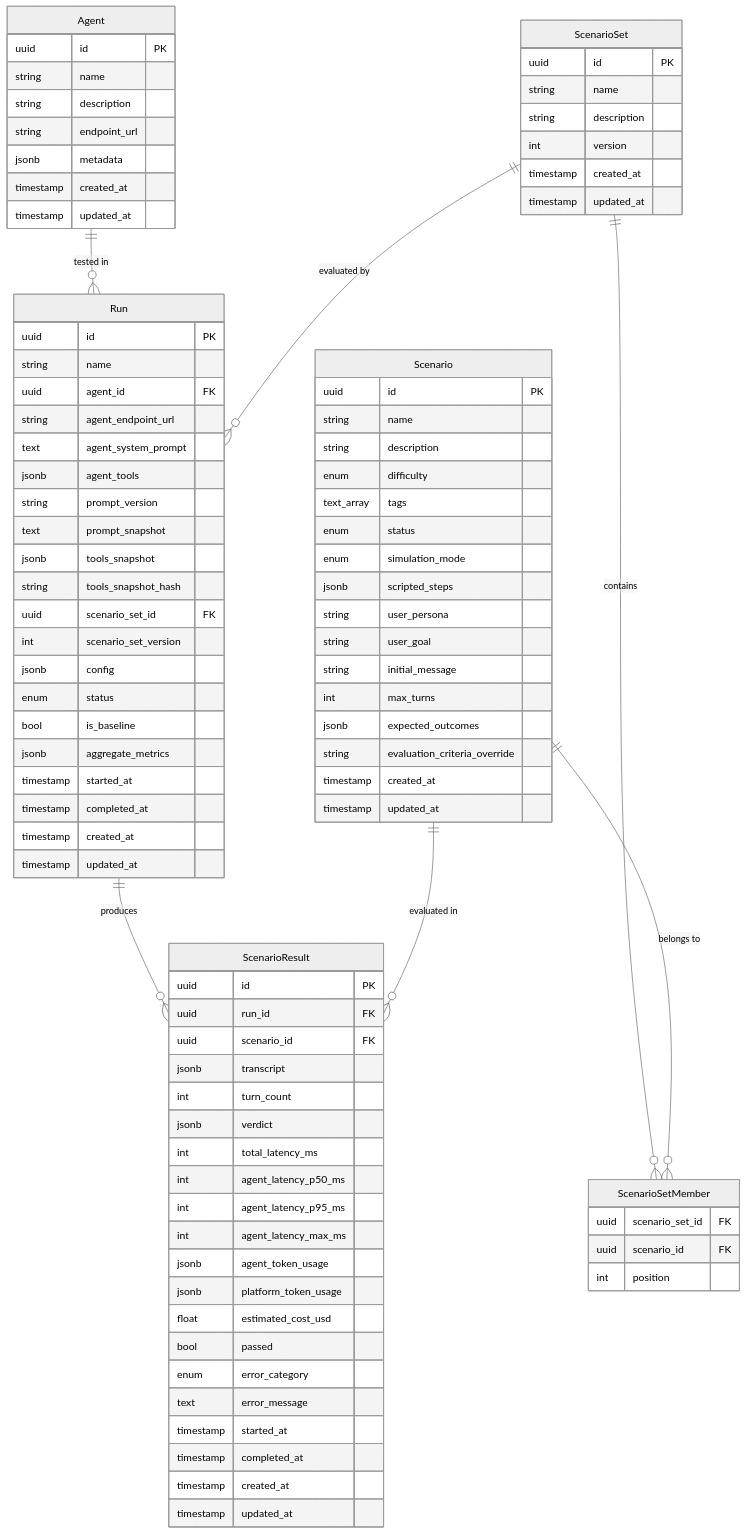
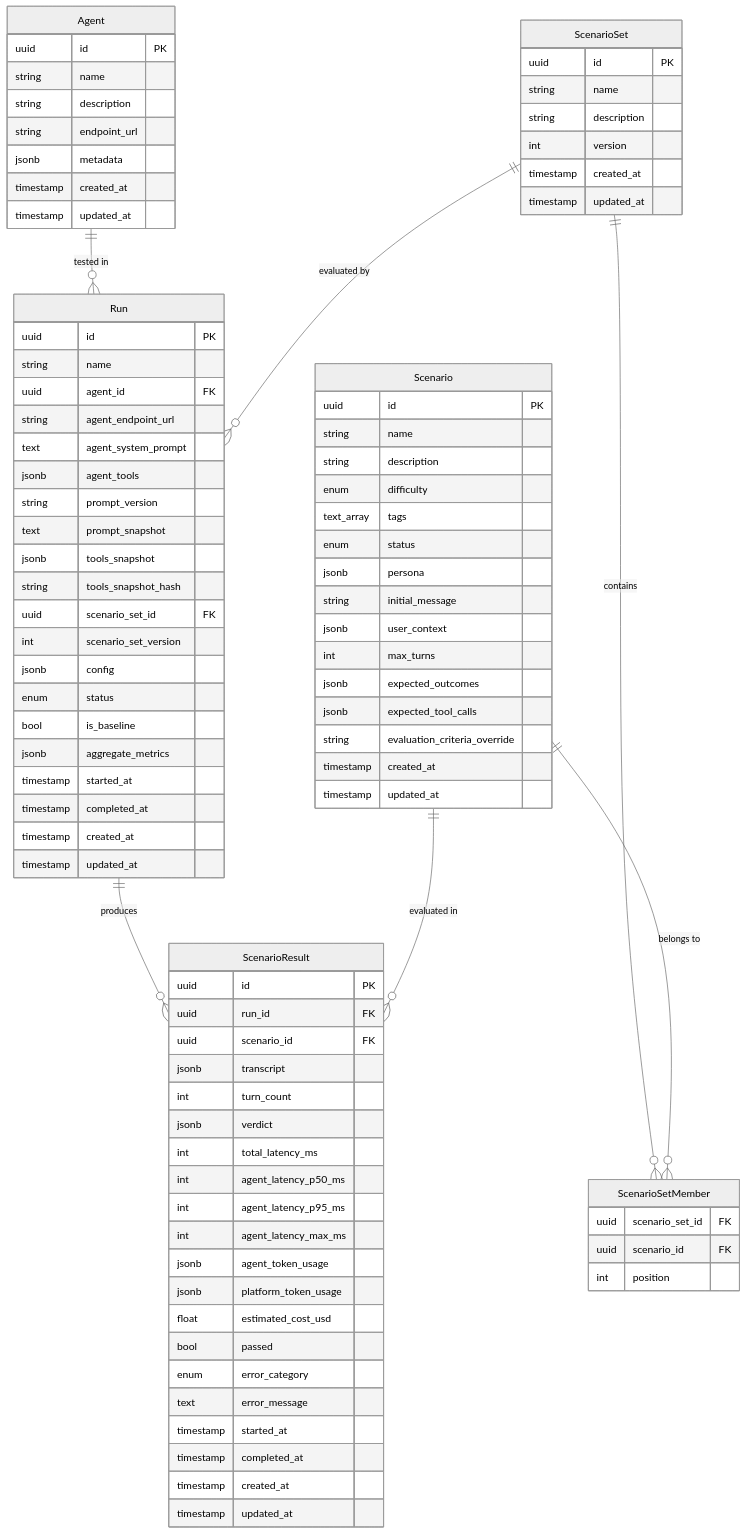
One commit to Connexity-AI/connexity changed the diagram in docs/data-model.md. Above: the diagram before and after it, drawn with Mermaid (neutral theme). The commit also changed other lines of this file and 24 other files, not shown here.

First line of the commit message:
feat: scenario schema v2 — persona-driven simulation, schema docs, and examples

```diff
--- a/docs/data-model.md
+++ b/docs/data-model.md
@@ -28,13 +28,12 @@
         enum difficulty
         text_array tags
         enum status
-        enum simulation_mode
-        jsonb scripted_steps
-        string user_persona
-        string user_goal
+        jsonb persona
         string initial_message
+        jsonb user_context
         int max_turns
         jsonb expected_outcomes
+        jsonb expected_tool_calls
         string evaluation_criteria_override
         timestamp created_at
         timestamp updated_at
```
